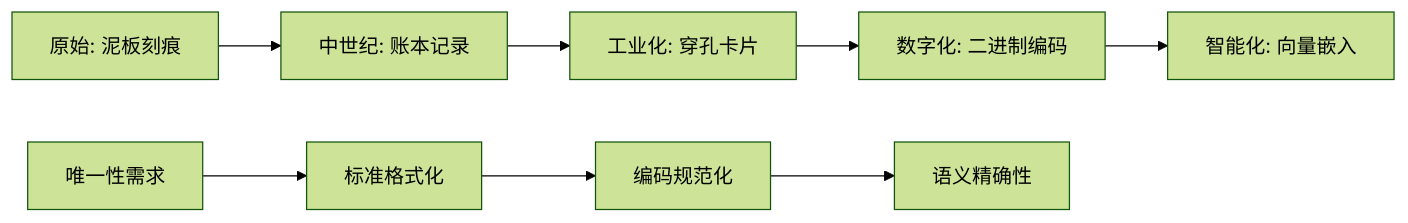
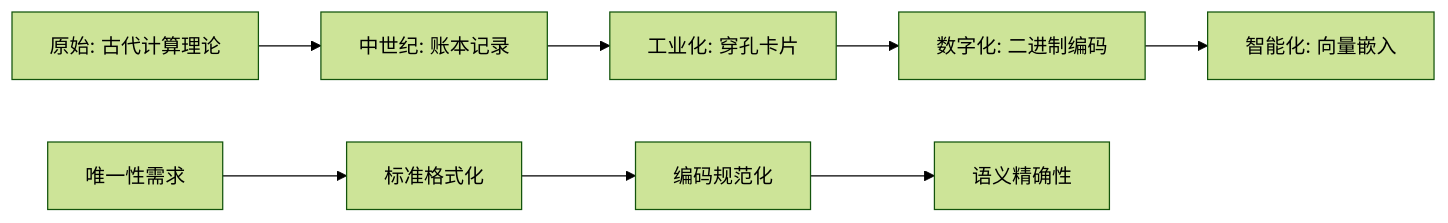
Before and after one commit to yinglichina8848/sqlcc: the fifth of 5 diagrams in docs/textbook/CHAPTER_01.md, drawn with Mermaid (forest theme). The commit also changed other lines of this file and 2 other files, not shown here.

````diff
--- a/docs/textbook/CHAPTER_01.md
+++ b/docs/textbook/CHAPTER_01.md
@@ -500,7 +523,7 @@
 ```mermaid
 graph LR
-A[原始: 泥板刻痕] --> B[中世纪: 账本记录] --> C[工业化: 穿孔卡片]
+A[原始: 古代计算理论] --> B[中世纪: 账本记录] --> C[工业化: 穿孔卡片]
     C --> D[数字化: 二进制编码] --> E[智能化: 向量嵌入]
 
 F[唯一性需求] --> G[标准格式化] --> H[编码规范化] --> I[语义精确性]
 ```
````
